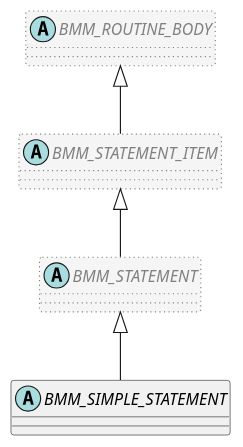
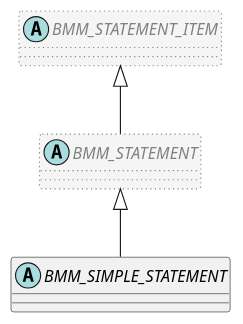
Before and after one commit to sebastian-iancu/code-generator: the diagram in code/Adoc/openehr_lang_1.1.0/plantUML/classes/org.openehr.lang.bmm.bmm_simple_statement.adoc, drawn with PlantUML. The commit also changed 719 other files, not shown here.

```diff
--- a/code/Adoc/openehr_lang_1.1.0/plantUML/classes/org.openehr.lang.bmm.bmm_simple_statement.adoc
+++ b/code/Adoc/openehr_lang_1.1.0/plantUML/classes/org.openehr.lang.bmm.bmm_simple_statement.adoc
@@ -1,25 +1,20 @@
 [plantuml,BMM_SIMPLE_STATEMENT,format=svg,svg-type="inline"]
 -----
 @startuml
 
 abstract class BMM_SIMPLE_STATEMENT {
 }
 
 abstract class BMM_STATEMENT  #whitesmoke;line:gray;line.dotted;text:gray {
 }
 
 abstract class BMM_STATEMENT_ITEM  #whitesmoke;line:gray;line.dotted;text:gray {
 }
 
-abstract class BMM_ROUTINE_BODY  #whitesmoke;line:gray;line.dotted;text:gray {
-}
-
-BMM_ROUTINE_BODY <|-- BMM_STATEMENT_ITEM
-
 BMM_STATEMENT_ITEM <|-- BMM_STATEMENT
 
 BMM_STATEMENT <|-- BMM_SIMPLE_STATEMENT
 
 
 @enduml
 -----
```
